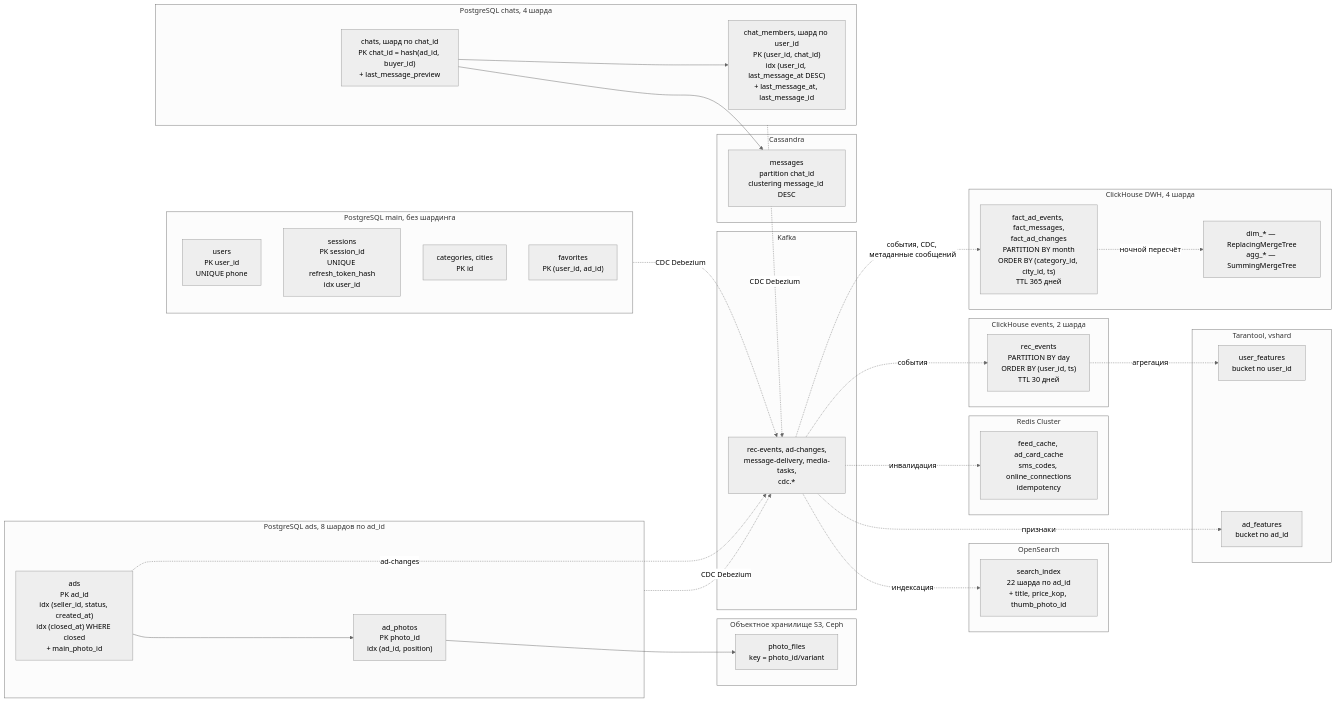
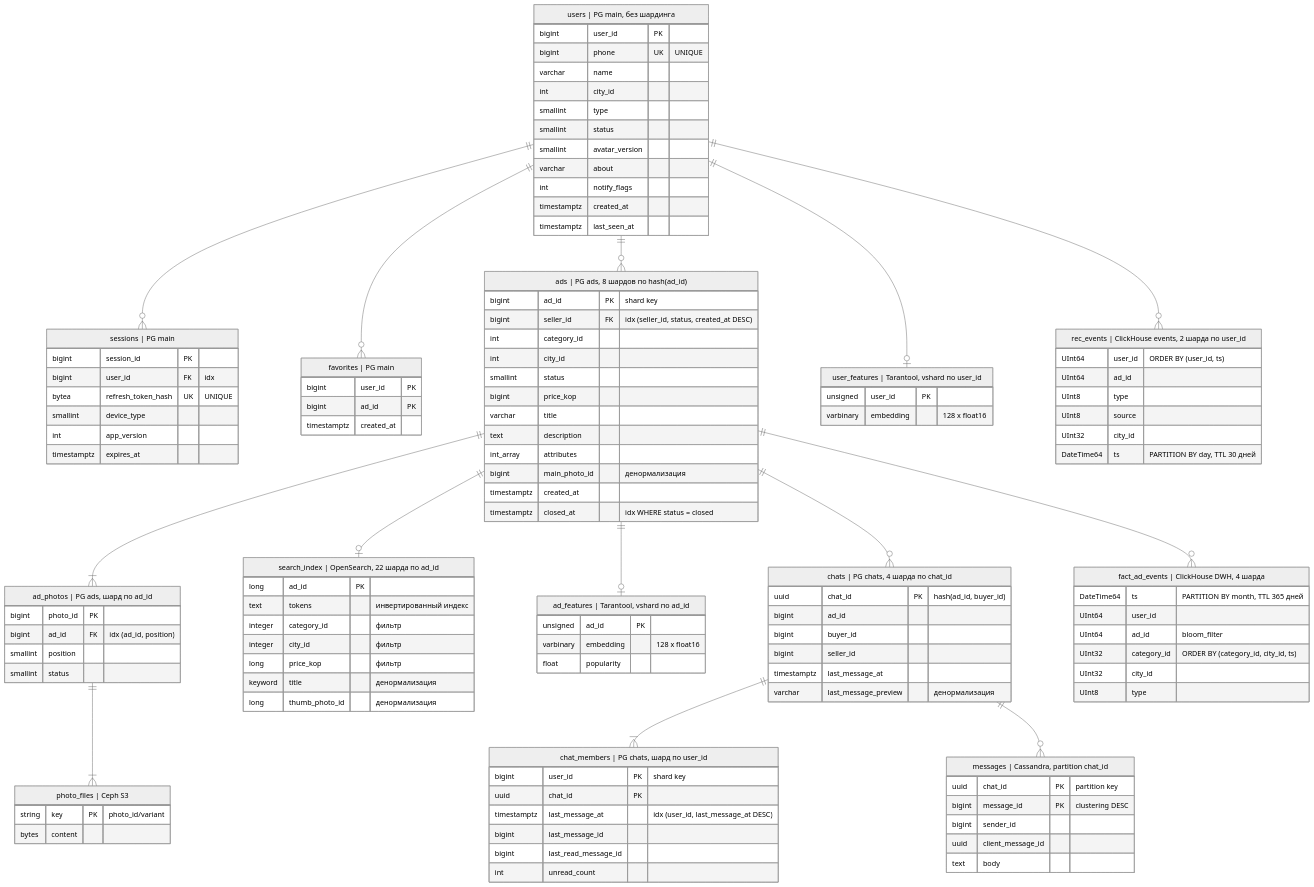
One commit to grishacake/highload_technopark changed the third of 3 diagrams in README.md. Above: the diagram before and after it, drawn with Mermaid (neutral theme). The commit also changed other lines of this file and 1 other file, not shown here.

Commit message:
HW6: сокращён раздел физической схемы
- Схема 6.1 переделана в ER-диаграмму с полями: СУБД и шардинг
  в заголовках таблиц, типы конкретных СУБД, индексы в комментариях
- Текст разделов 6.2–6.7 сокращён до таблиц и коротких пунктов
- Добавлена картинка схемы physical_schema.png

````diff
--- a/README.md
+++ b/README.md
@@ -909,59 +909,124 @@
 ```mermaid
-flowchart LR
-    subgraph PG_MAIN["PostgreSQL main, без шардинга"]
-        users["users<br/>PK user_id<br/>UNIQUE phone"]
-        sessions["sessions<br/>PK session_id<br/>UNIQUE refresh_token_hash<br/>idx user_id"]
-        dict["categories, cities<br/>PK id"]
-        fav["favorites<br/>PK (user_id, ad_id)"]
-    end
-    subgraph PG_ADS["PostgreSQL ads, 8 шардов по ad_id"]
-        ads["ads<br/>PK ad_id<br/>idx (seller_id, status, created_at)<br/>idx (closed_at) WHERE closed<br/>+ main_photo_id"]
-        photos["ad_photos<br/>PK photo_id<br/>idx (ad_id, position)"]
-    end
-    subgraph PG_CHATS["PostgreSQL chats, 4 шарда"]
-        chats["chats, шард по chat_id<br/>PK chat_id = hash(ad_id, buyer_id)<br/>+ last_message_preview"]
-        members["chat_members, шард по user_id<br/>PK (user_id, chat_id)<br/>idx (user_id, last_message_at DESC)<br/>+ last_message_at, last_message_id"]
-    end
-    subgraph CASS["Cassandra"]
-        msgs["messages<br/>partition chat_id<br/>clustering message_id DESC"]
-    end
-    subgraph S3["Объектное хранилище S3, Ceph"]
-        files["photo_files<br/>key = photo_id/variant"]
-    end
-    subgraph ES["OpenSearch"]
-        idx["search_index<br/>22 шарда по ad_id<br/>+ title, price_kop, thumb_photo_id"]
-    end
-    subgraph CH["ClickHouse events, 2 шарда"]
-        ev["rec_events<br/>PARTITION BY day<br/>ORDER BY (user_id, ts)<br/>TTL 30 дней"]
-    end
-    subgraph DWH["ClickHouse DWH, 4 шарда"]
-        facts["fact_ad_events, fact_messages,<br/>fact_ad_changes<br/>PARTITION BY month<br/>ORDER BY (category_id, city_id, ts)<br/>TTL 365 дней"]
-        dims["dim_* — ReplacingMergeTree<br/>agg_* — SummingMergeTree"]
-    end
-    subgraph TT["Tarantool, vshard"]
-        uf["user_features<br/>bucket по user_id"]
-        af["ad_features<br/>bucket по ad_id"]
-    end
-    subgraph REDIS["Redis Cluster"]
-        cache["feed_cache, ad_card_cache<br/>sms_codes, online_connections<br/>idempotency"]
-    end
-    subgraph KAFKA["Kafka"]
-        q["rec-events, ad-changes,<br/>message-delivery, media-tasks,<br/>cdc.*"]
-    end
+erDiagram
+    users ||--o{ sessions : ""
+    users ||--o{ favorites : ""
+    users ||--o{ ads : ""
+    ads ||--|{ ad_photos : ""
+    ad_photos ||--|{ photo_files : ""
+    ads ||--o| search_index : ""
+    ads ||--o| ad_features : ""
+    users ||--o| user_features : ""
+    ads ||--o{ chats : ""
+    chats ||--|{ chat_members : ""
+    chats ||--o{ messages : ""
+    users ||--o{ rec_events : ""
+    ads ||--o{ fact_ad_events : ""
 
-    ads --> photos
-    photos --> files
-    ads -. ad-changes .-> q
-    q -. индексация .-> idx
-    q -. признаки .-> af
-    q -. инвалидация .-> cache
-    q -. события .-> ev
-    ev -. агрегация .-> uf
-    PG_MAIN -. CDC Debezium .-> q
-    PG_ADS -. CDC Debezium .-> q
-    PG_CHATS -. CDC Debezium .-> q
-    q -. события, CDC, метаданные сообщений .-> facts
-    facts -. ночной пересчёт .-> dims
-    chats --> msgs
-    chats --> members
+    users["users | PG main, без шардинга"] {
+        bigint user_id PK
+        bigint phone UK "UNIQUE"
+        varchar name
+        int city_id
+        smallint type
+        smallint status
+        smallint avatar_version
+        varchar about
+        int notify_flags
+        timestamptz created_at
+        timestamptz last_seen_at
+    }
+    sessions["sessions | PG main"] {
+        bigint session_id PK
+        bigint user_id FK "idx"
+        bytea refresh_token_hash UK "UNIQUE"
+        smallint device_type
+        int app_version
+        timestamptz expires_at
+    }
+    favorites["favorites | PG main"] {
+        bigint user_id PK
+        bigint ad_id PK
+        timestamptz created_at
+    }
+    ads["ads | PG ads, 8 шардов по hash(ad_id)"] {
+        bigint ad_id PK "shard key"
+        bigint seller_id FK "idx (seller_id, status, created_at DESC)"
+        int category_id
+        int city_id
+        smallint status
+        bigint price_kop
+        varchar title
+        text description
+        int_array attributes
+        bigint main_photo_id "денормализация"
+        timestamptz created_at
+        timestamptz closed_at "idx WHERE status = closed"
+    }
+    ad_photos["ad_photos | PG ads, шард по ad_id"] {
+        bigint photo_id PK
+        bigint ad_id FK "idx (ad_id, position)"
+        smallint position
+        smallint status
+    }
+    photo_files["photo_files | Ceph S3"] {
+        string key PK "photo_id/variant"
+        bytes content
+    }
+    search_index["search_index | OpenSearch, 22 шарда по ad_id"] {
+        long ad_id PK
+        text tokens "инвертированный индекс"
+        integer category_id "фильтр"
+        integer city_id "фильтр"
+        long price_kop "фильтр"
+        keyword title "денормализация"
+        long thumb_photo_id "денормализация"
+    }
+    chats["chats | PG chats, 4 шарда по chat_id"] {
+        uuid chat_id PK "hash(ad_id, buyer_id)"
+        bigint ad_id
+        bigint buyer_id
+        bigint seller_id
+        timestamptz last_message_at
+        varchar last_message_preview "денормализация"
+    }
+    chat_members["chat_members | PG chats, шард по user_id"] {
+        bigint user_id PK "shard key"
+        uuid chat_id PK
+        timestamptz last_message_at "idx (user_id, last_message_at DESC)"
+        bigint last_message_id
+        bigint last_read_message_id
+        int unread_count
+    }
+    messages["messages | Cassandra, partition chat_id"] {
+        uuid chat_id PK "partition key"
+        bigint message_id PK "clustering DESC"
+        bigint sender_id
+        uuid client_message_id
+        text body
+    }
+    rec_events["rec_events | ClickHouse events, 2 шарда по user_id"] {
+        UInt64 user_id "ORDER BY (user_id, ts)"
+        UInt64 ad_id
+        UInt8 type
+        UInt8 source
+        UInt32 city_id
+        DateTime64 ts "PARTITION BY day, TTL 30 дней"
+    }
+    user_features["user_features | Tarantool, vshard по user_id"] {
+        unsigned user_id PK
+        varbinary embedding "128 x float16"
+    }
+    ad_features["ad_features | Tarantool, vshard по ad_id"] {
+        unsigned ad_id PK
+        varbinary embedding "128 x float16"
+        float popularity
+    }
+    fact_ad_events["fact_ad_events | ClickHouse DWH, 4 шарда"] {
+        DateTime64 ts "PARTITION BY month, TTL 365 дней"
+        UInt64 user_id
+        UInt64 ad_id "bloom_filter"
+        UInt32 category_id "ORDER BY (category_id, city_id, ts)"
+        UInt32 city_id
+        UInt8 type
+    }
 ```
````
